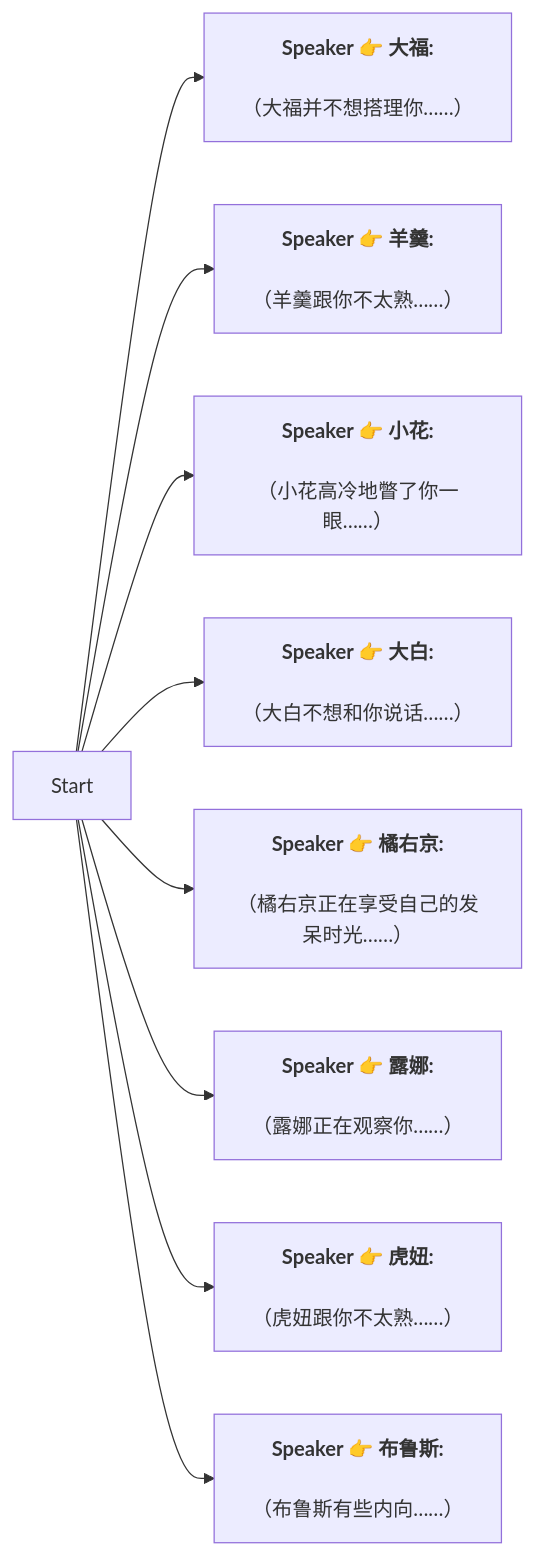
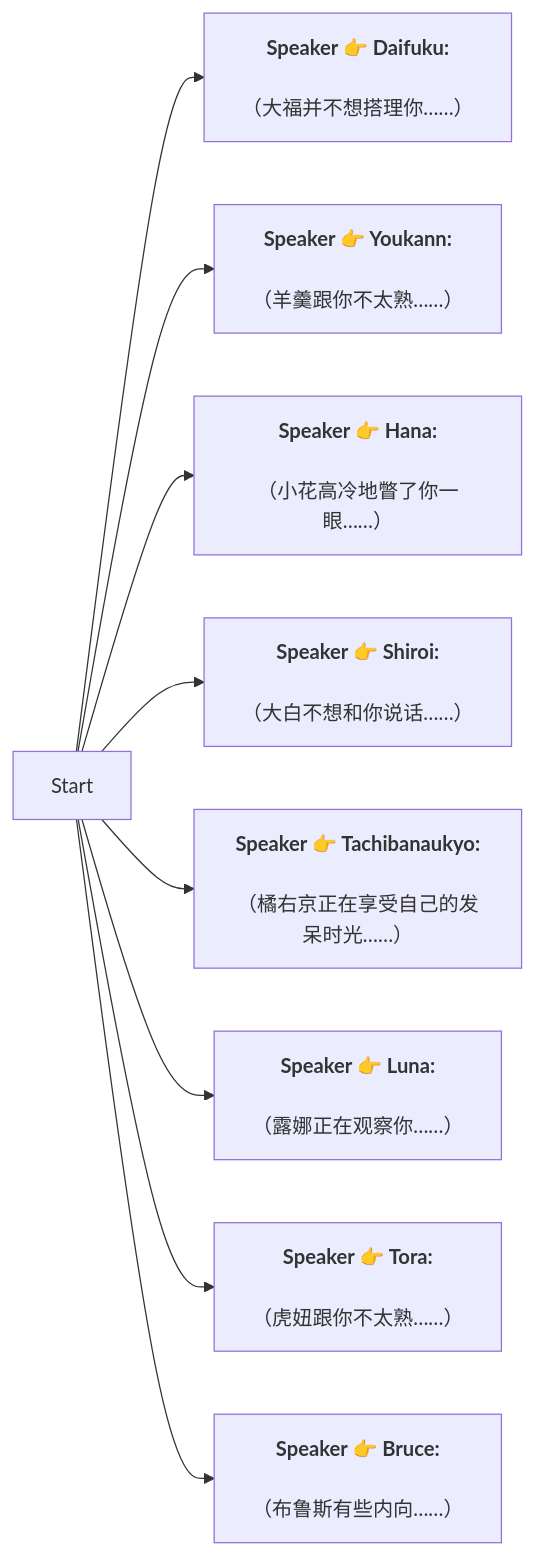
The diagram in Zh/Pet.md (SoftHu/tos_avg), drawn with Mermaid before and after one commit. The commit also changed 737 other files, not shown here.

````diff
--- a/Zh/Pet.md
+++ b/Zh/Pet.md
@@ -1,28 +1,20 @@
 ```mermaid
 graph LR
-Start -->1732881962032233[<b>Speaker 👉 大福:</b>
+Start -->1732881962032233[<b>Speaker 👉 Daifuku:</b>
+\n（大福并不想搭理你……）]
+Start -->1732953774712938[<b>Speaker 👉 Youkann:</b>
+\n（羊羹跟你不太熟……）]
+Start -->1732954519824492[<b>Speaker 👉 Hana:</b>
+\n（小花高冷地瞥了你一眼……）]
+Start -->1732954844014702[<b>Speaker 👉 Shiroi:</b>
+\n（大白不想和你说话……）]
+Start -->1732954940023920[<b>Speaker 👉 Tachibanaukyo:</b>
+\n（橘右京正在享受自己的发呆时光……）]
+Start -->1732955533765746[<b>Speaker 👉 Luna:</b>
+\n（露娜正在观察你……）]
+Start -->1732955568545908[<b>Speaker 👉 Tora:</b>
+\n（虎妞跟你不太熟……）]
+Start -->1732955679956086[<b>Speaker 👉 Bruce:</b>
+\n（布鲁斯有些内向……）]
 
-（大福并不想搭理你……）]
-Start -->1732953774712938[<b>Speaker 👉 羊羹:</b>
-
-（羊羹跟你不太熟……）]
-Start -->1732954519824492[<b>Speaker 👉 小花:</b>
-
-（小花高冷地瞥了你一眼……）]
-Start -->1732954844014702[<b>Speaker 👉 大白:</b>
-
-（大白不想和你说话……）]
-Start -->1732954940023920[<b>Speaker 👉 橘右京:</b>
-
-（橘右京正在享受自己的发呆时光……）]
-Start -->1732955533765746[<b>Speaker 👉 露娜:</b>
-
-（露娜正在观察你……）]
-Start -->1732955568545908[<b>Speaker 👉 虎妞:</b>
-
-（虎妞跟你不太熟……）]
-Start -->1732955679956086[<b>Speaker 👉 布鲁斯:</b>
-
-（布鲁斯有些内向……）]
-
- ```
+```
````
